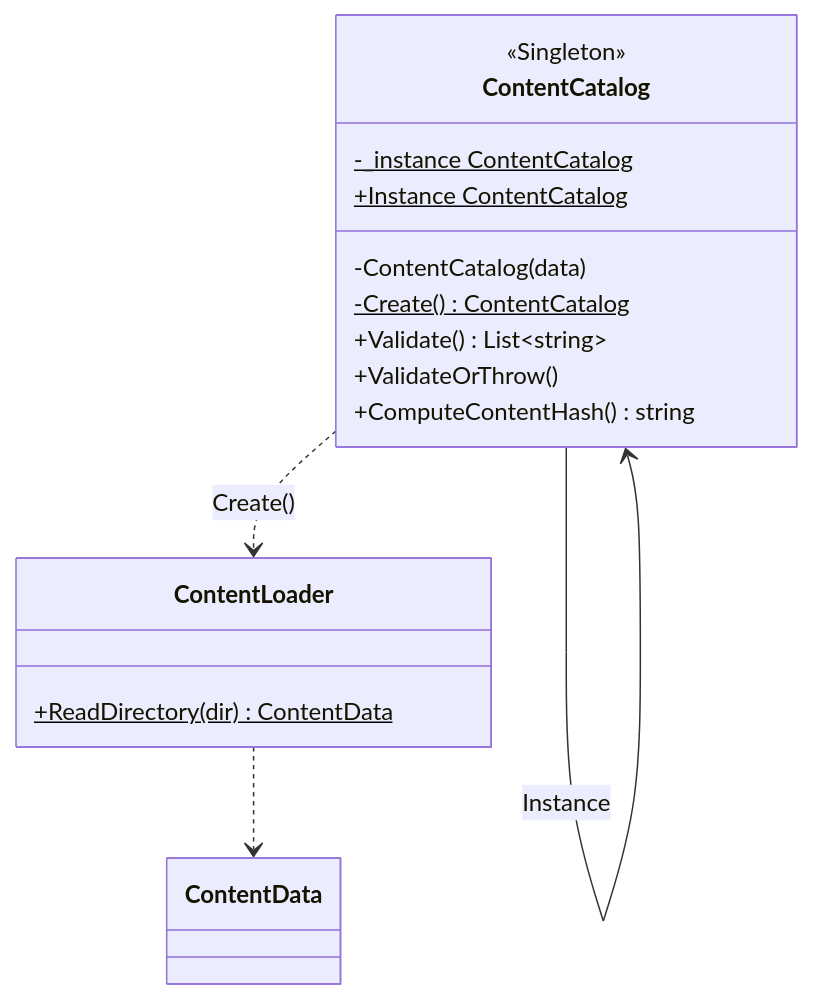
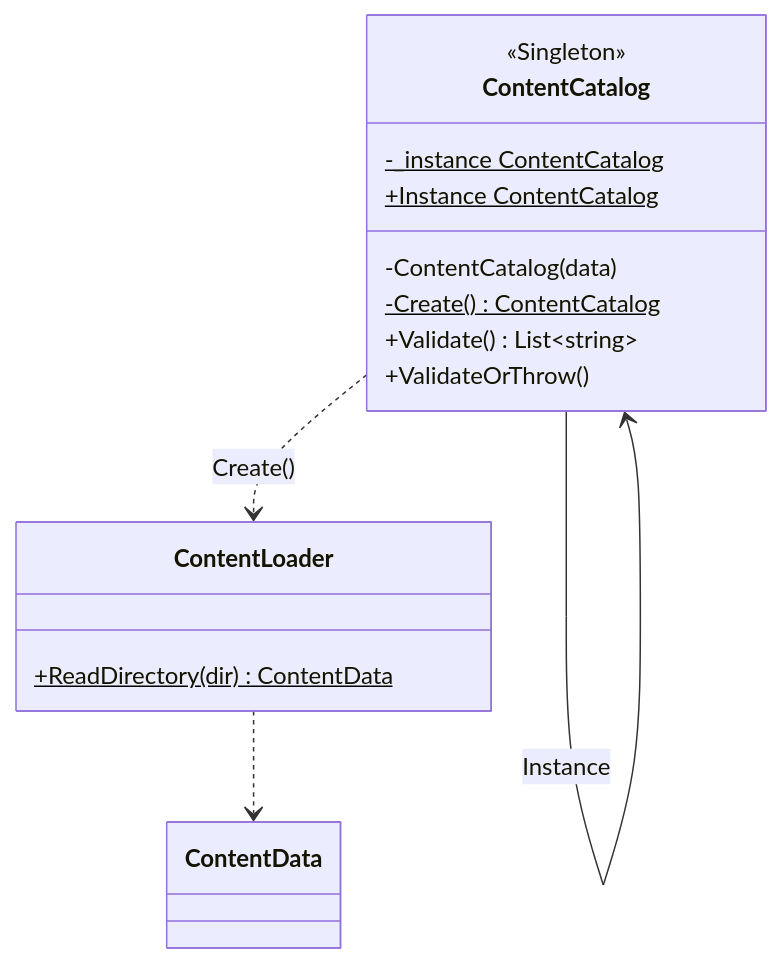
Before and after one commit to YoBoyJonas/OPP: the second of 2 diagrams in docs/patterns/Singleton.md, drawn with Mermaid. The commit also changed other lines of this file and 123 other files, not shown here.

````diff
--- a/docs/patterns/Singleton.md
+++ b/docs/patterns/Singleton.md
@@ -54,20 +53,19 @@
 ```mermaid
 classDiagram
     class ContentCatalog {
         <<Singleton>>
         -_instance ContentCatalog$
         +Instance ContentCatalog$
         -ContentCatalog(data)
         -Create() ContentCatalog$
         +Validate() List~string~
         +ValidateOrThrow()
-        +ComputeContentHash() string
     }
     class ContentLoader {
         +ReadDirectory(dir) ContentData$
     }
     class ContentData
     ContentCatalog ..> ContentLoader : Create()
     ContentLoader ..> ContentData
     ContentCatalog --> ContentCatalog : Instance
 ```
````
